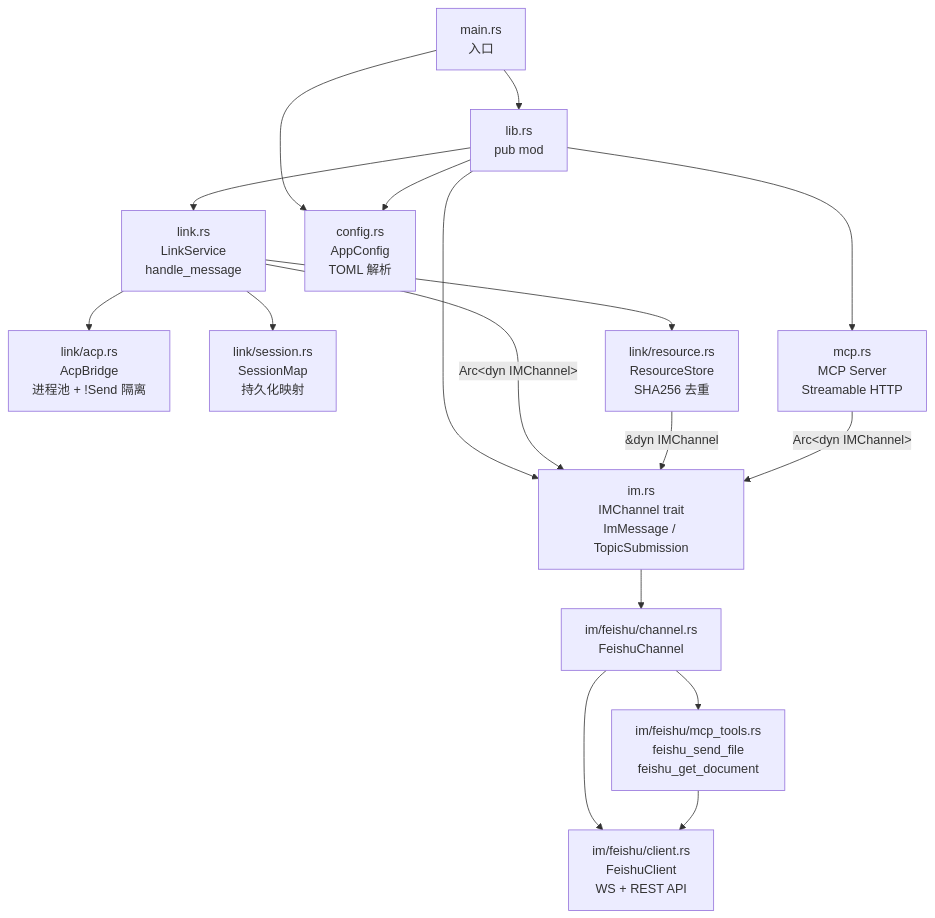
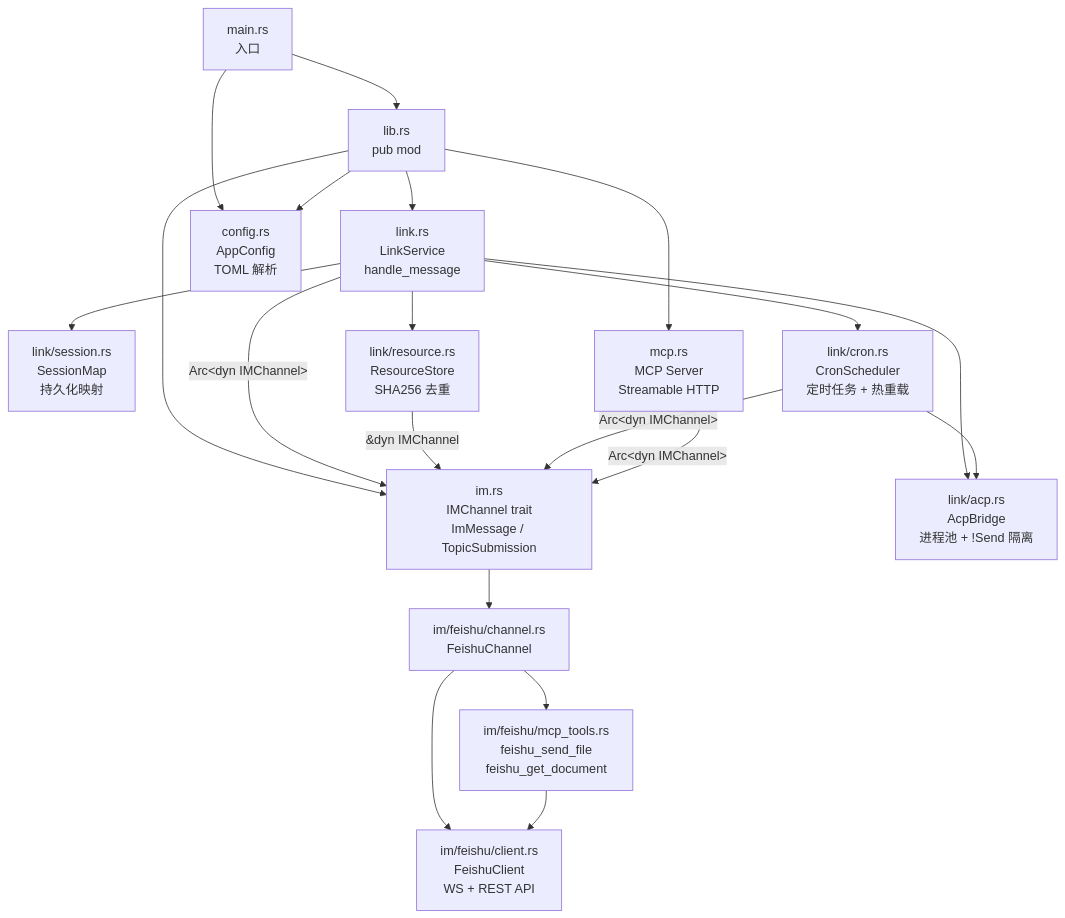
One commit to xufanglin/acp-link changed the first of 4 diagrams in docs/architecture.md. Above: the diagram before and after it, drawn with Mermaid. The commit also changed other lines of this file and 13 other files, not shown here.

````diff
--- a/docs/architecture.md
+++ b/docs/architecture.md
@@ -37,32 +38,36 @@
 ```mermaid
 graph TD
     main["main.rs<br/>入口"]
     lib["lib.rs<br/>pub mod"]
     im["im.rs<br/>IMChannel trait<br/>ImMessage / TopicSubmission"]
     im_feishu["im/feishu/channel.rs<br/>FeishuChannel"]
     feishu["im/feishu/client.rs<br/>FeishuClient<br/>WS + REST API"]
     feishu_tools["im/feishu/mcp_tools.rs<br/>feishu_send_file<br/>feishu_get_document"]
     link["link.rs<br/>LinkService<br/>handle_message"]
     acp["link/acp.rs<br/>AcpBridge<br/>进程池 + !Send 隔离"]
     session["link/session.rs<br/>SessionMap<br/>持久化映射"]
     resource["link/resource.rs<br/>ResourceStore<br/>SHA256 去重"]
+    cron["link/cron.rs<br/>CronScheduler<br/>定时任务 + 热重载"]
     config["config.rs<br/>AppConfig<br/>TOML 解析"]
     mcp["mcp.rs<br/>MCP Server<br/>Streamable HTTP"]
 
     main --> config
     main --> lib
     lib --> im
     lib --> link
     lib --> mcp
     lib --> config
     im --> im_feishu
     im_feishu --> feishu
     im_feishu --> feishu_tools
     feishu_tools --> feishu
     link -->|"Arc&lt;dyn IMChannel&gt;"| im
     link --> acp
     link --> session
     link --> resource
+    link --> cron
     resource -->|"&dyn IMChannel"| im
+    cron -->|"Arc&lt;dyn IMChannel&gt;"| im
+    cron --> acp
     mcp -->|"Arc&lt;dyn IMChannel&gt;"| im
 ```
````
